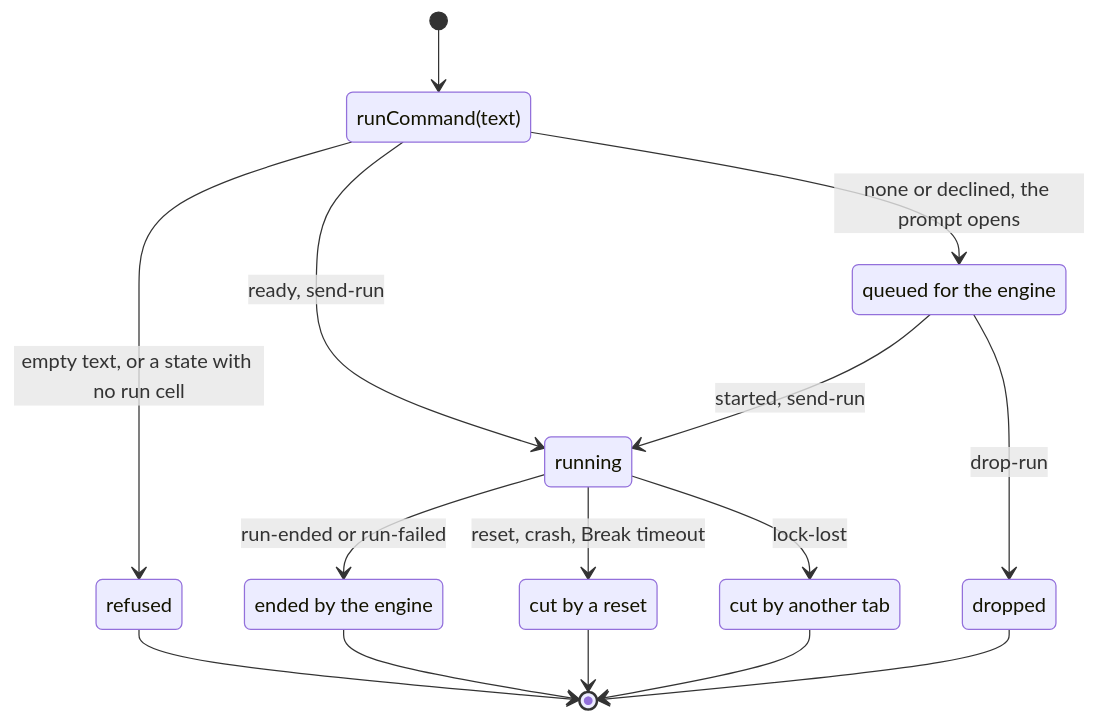
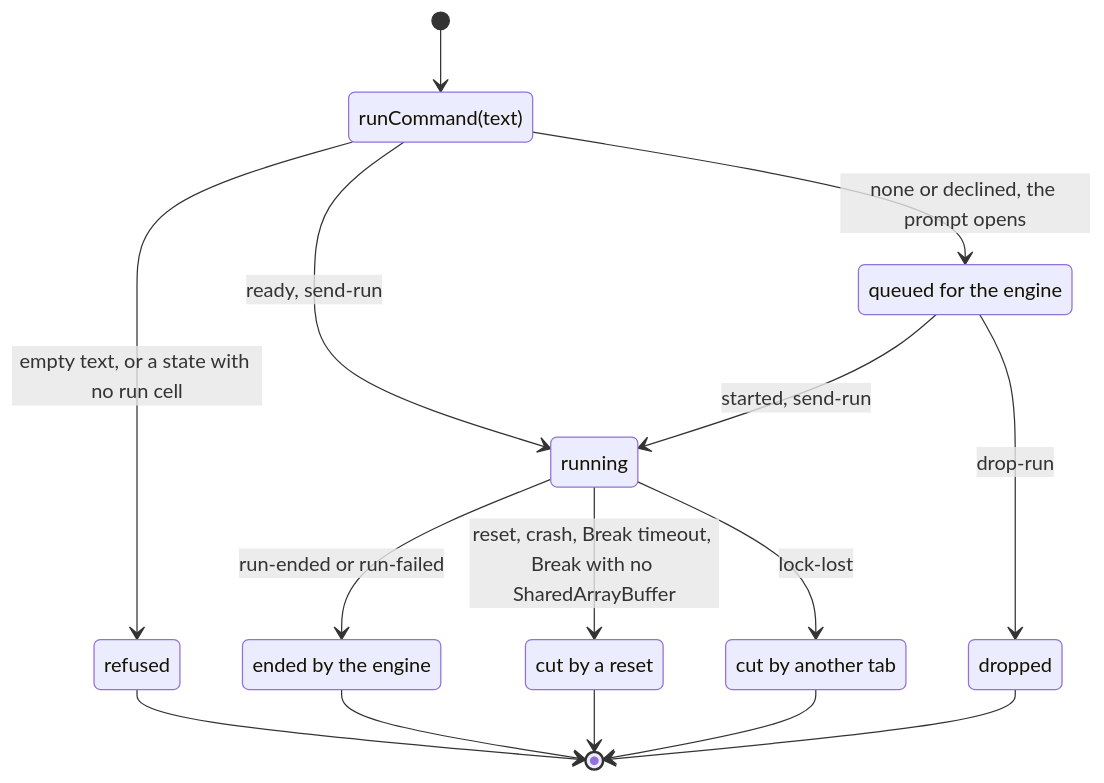
Before and after one commit to jeffzyliu/dofile: the seventh of 11 diagrams in docs/web-page-flows.md, drawn with Mermaid. The commit also changed other lines of this file, not shown here.

````diff
--- a/docs/web-page-flows.md
+++ b/docs/web-page-flows.md
@@ -316,25 +320,25 @@
 ```mermaid
 stateDiagram-v2
   state "runCommand(text)" as sub
   state "refused" as refused
   state "queued for the engine" as queued
   state "running" as running
   state "ended by the engine" as ended
   state "dropped" as dropped
   state "cut by a reset" as cut
   state "cut by another tab" as taken
   [*] --> sub
   sub --> refused: empty text, or a state with no run cell
   sub --> running: ready, send-run
   sub --> queued: none or declined, the prompt opens
   queued --> running: started, send-run
   queued --> dropped: drop-run
   running --> ended: run-ended or run-failed
-  running --> cut: reset, crash, Break timeout
+  running --> cut: reset, crash, Break timeout, Break with no SharedArrayBuffer
   running --> taken: lock-lost
   refused --> [*]
   dropped --> [*]
   ended --> [*]
   cut --> [*]
   taken --> [*]
 ```
````
